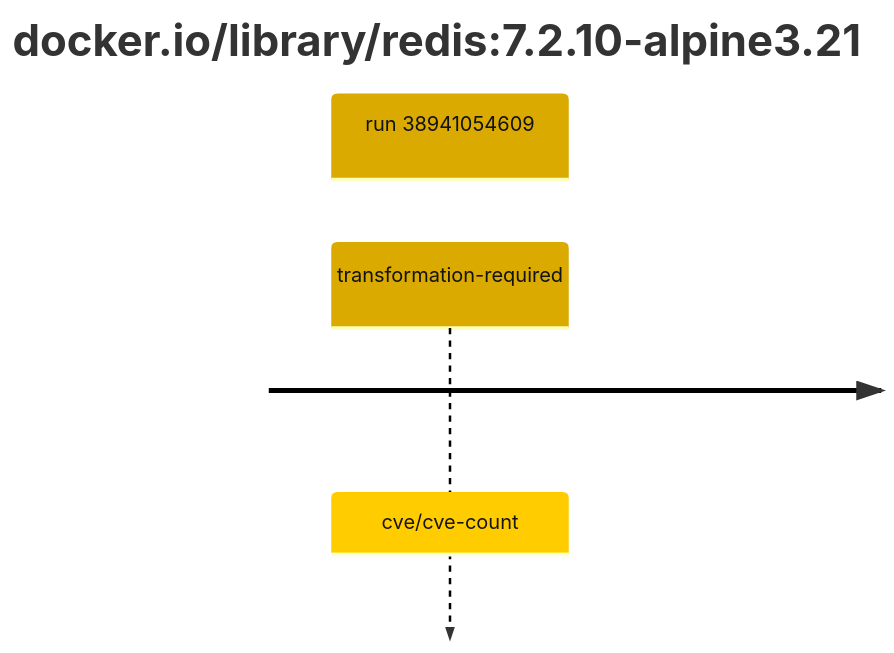
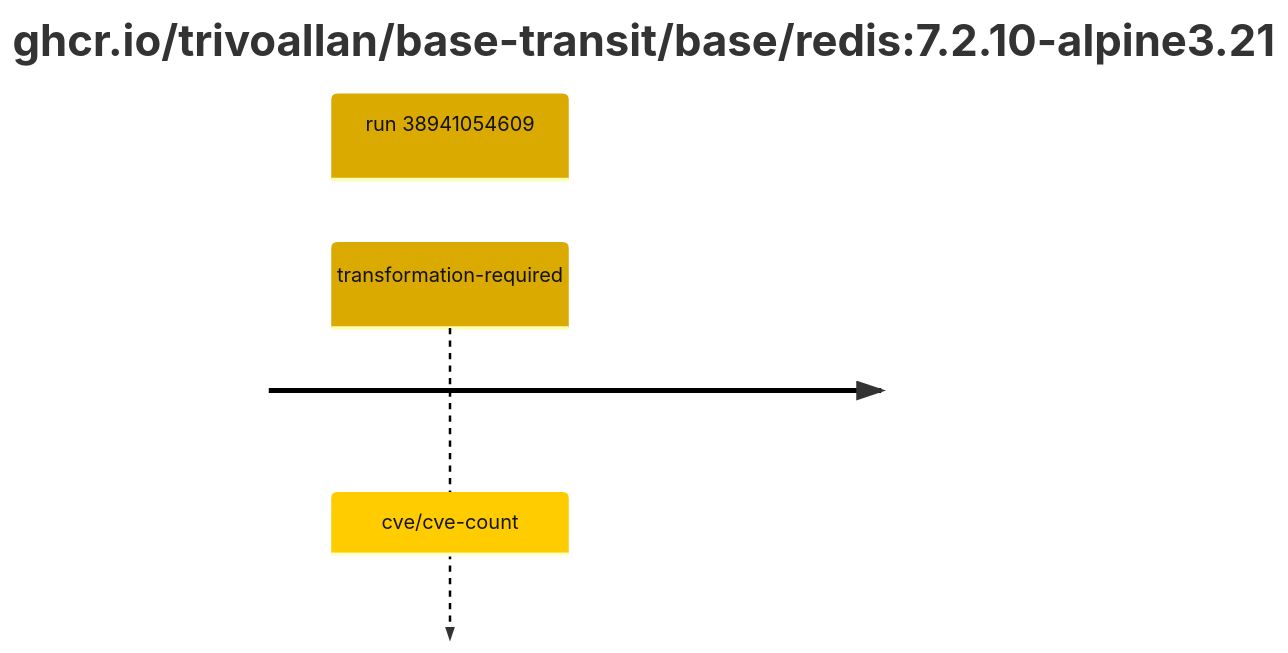
One commit to trivoallan/base-images changed the second of 2 diagrams in results/reports/base-redis-7/sha256:395ccd7ee4db0867de0d0410f4712a9e0331cff9fdbd864f71ec0f7982d3ffe6.md. Above: the diagram before and after it, drawn with Mermaid. The commit also changed other lines of this file and 30 other files, not shown here.

Commit message:
journal(base-redis-7): décisions du criblage, seconde porte

````diff
--- a/results/reports/base-redis-7/sha256:395ccd7ee4db0867de0d0410f4712a9e0331cff9fdbd864f71ec0f7982d3ffe6.md
+++ b/results/reports/base-redis-7/sha256:395ccd7ee4db0867de0d0410f4712a9e0331cff9fdbd864f71ec0f7982d3ffe6.md
@@ -5,7 +24,7 @@
 ```mermaid
 %%{init: {"theme": "default", "themeVariables": {"cScale0": "#daaa00", "cScaleLabel0": "#121212"}}}%%
 timeline
-    title docker.io/library/redis#58;7.2.10-alpine3.21
+    title ghcr.io/trivoallan/base-transit/base/redis#58;7.2.10-alpine3.21
     section run 38941054609
         transformation-required : cve/cve-count
 ```
````
